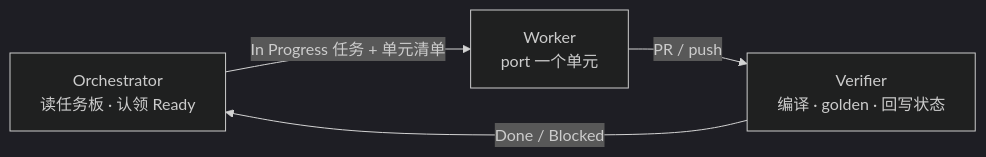
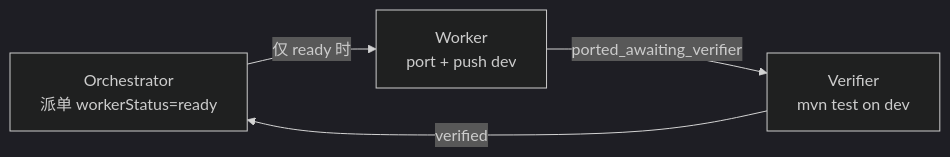
The diagram in docs/automation/README.md (zlw123/tky-eova), drawn with Mermaid (dark theme) before and after one commit. The commit also changed other lines of this file and 7 other files, not shown here.

First line of the commit message:
docs(automation): v2 提示词与 workerStatus 状态机

````diff
--- a/docs/automation/README.md
+++ b/docs/automation/README.md
@@ -10,10 +10,10 @@
 ```mermaid
 flowchart LR
-  O[Orchestrator<br/>读任务板 · 认领 Ready]
-  W[Worker<br/>port 一个单元]
-  V[Verifier<br/>编译 · golden · 回写状态]
+  O[Orchestrator<br/>派单 workerStatus=ready]
+  W[Worker<br/>port + push dev]
+  V[Verifier<br/>mvn test on dev]
 
-  O -->|In Progress 任务 + 单元清单| W
-  W -->|PR / push| V
-  V -->|Done / Blocked| O
+  O -->|仅 ready 时| W
+  W -->|ported_awaiting_verifier| V
+  V -->|verified| O
 ```
````
